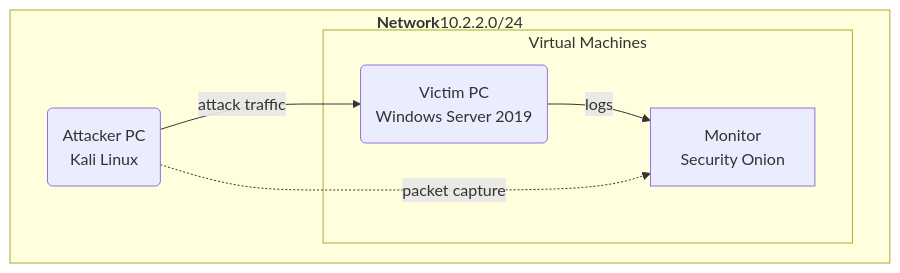
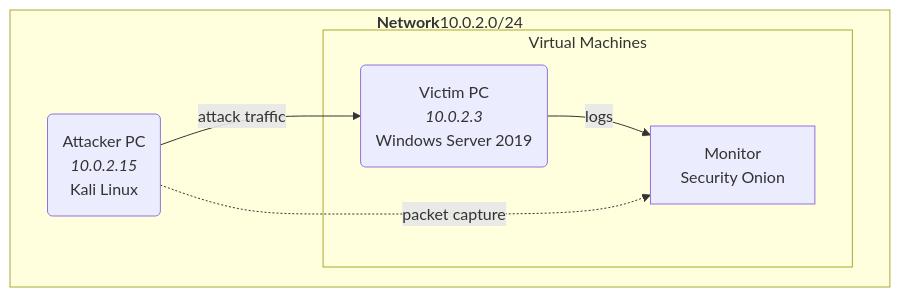
The diagram in README.md (TheRealBastioul/detection-lab), drawn with Mermaid before and after one commit.

Commit message:
Update network diagram with IP addresses

````diff
--- a/README.md
+++ b/README.md
@@ -1,11 +1,11 @@
 ```mermaid
 flowchart TD
-    subgraph Net [<b>Network</b>10.2.2.0/24<br>]
+    subgraph Net [<b>Network</b>10.0.2.0/24<br>]
         subgraph A[Virtual Machines]
-            B(Victim PC<br>Windows Server 2019) --> | logs | C
+            B(Victim PC<br><i>10.0.2.3</i><br>Windows Server 2019) --> | logs | C
             C[Monitor<br>Security Onion]
         end
-        D(Attacker PC<br>Kali Linux) --> | attack traffic | B
+        D(Attacker PC<br><i>10.0.2.15</i><br>Kali Linux) --> | attack traffic | B
         D-.->|packet capture | C
     end
 ```
````
